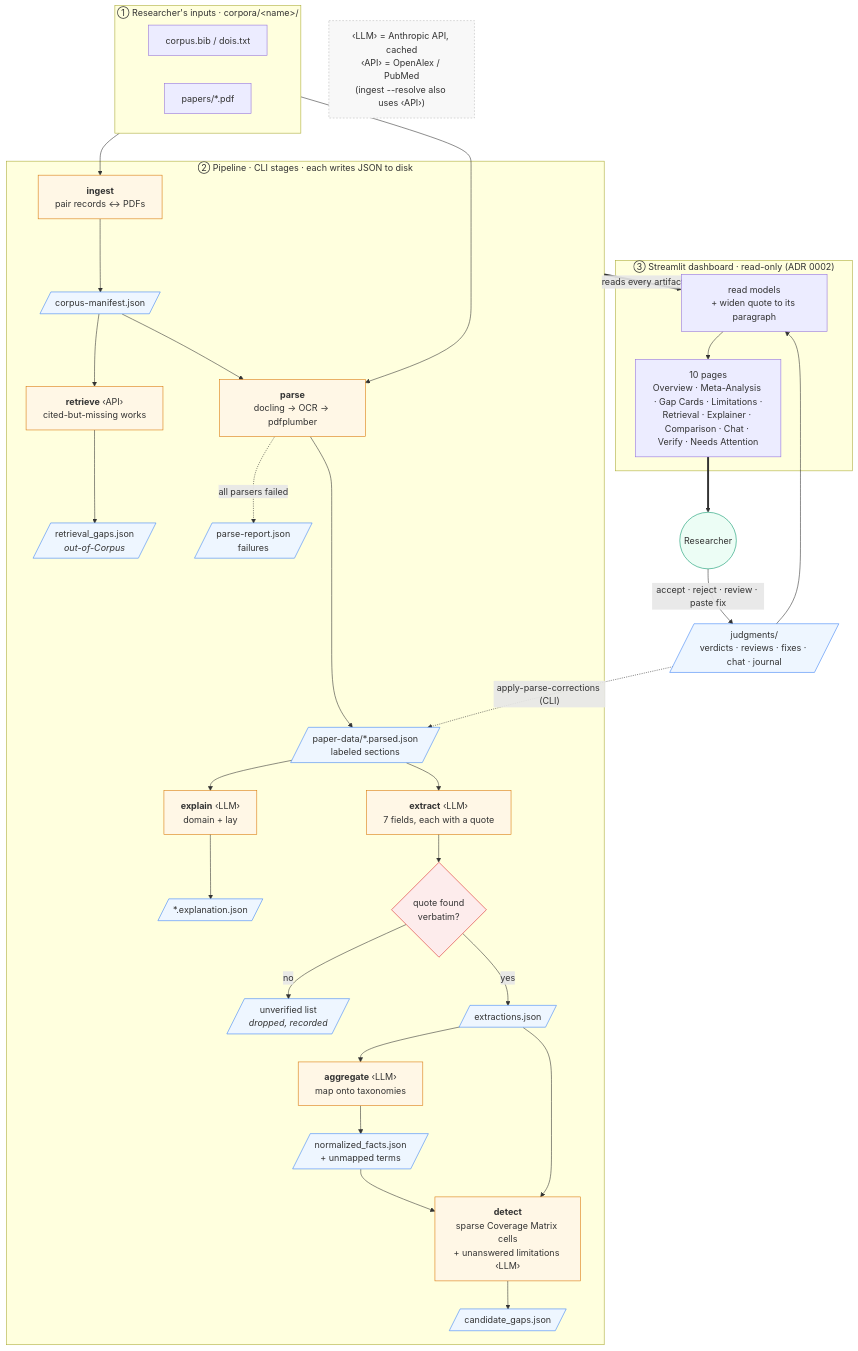
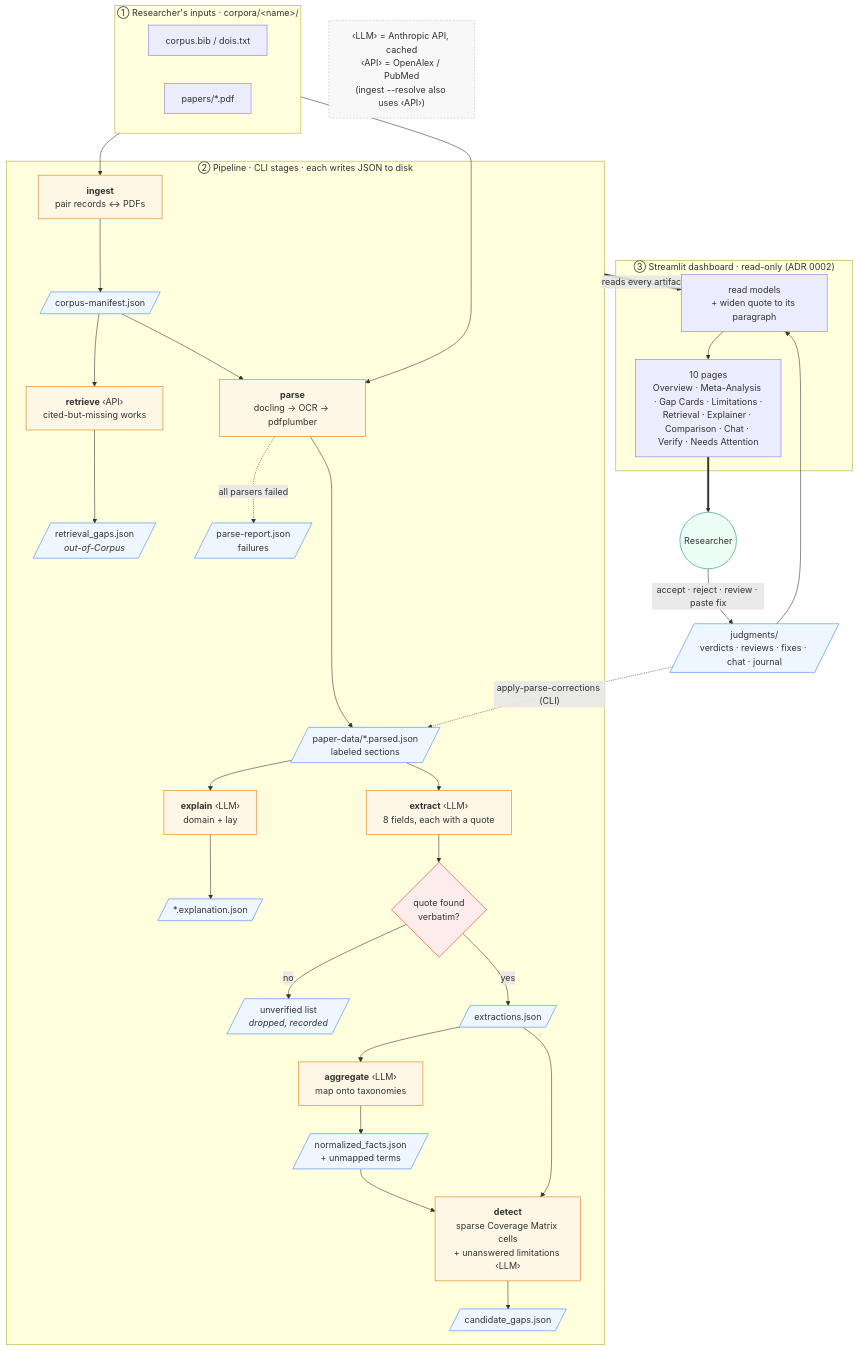
The first of 3 diagrams in docs/journeys.md (klorine28/research_paper_analyst), drawn with Mermaid before and after one commit. The commit also changed 20 other files, not shown here.

````diff
--- a/docs/journeys.md
+++ b/docs/journeys.md
@@ -18,72 +18,72 @@
 ```mermaid
 flowchart TD
     subgraph IN["① Researcher's inputs · corpora/&lt;name&gt;/"]
         direction LR
         BIB["corpus.bib / dois.txt"]
         PDF["papers/*.pdf"]
     end
 
     subgraph PIPE["② Pipeline · CLI stages · each writes JSON to disk"]
         ING["<b>ingest</b><br/>pair records ↔ PDFs"]
         MAN[/"corpus-manifest.json"/]
         RET["<b>retrieve</b> ‹API›<br/>cited-but-missing works"]
         RG[/"retrieval_gaps.json<br/><i>out-of-Corpus</i>"/]
         PAR["<b>parse</b><br/>docling → OCR → pdfplumber"]
         PD[/"paper-data/*.parsed.json<br/>labeled sections"/]
         PR[/"parse-report.json<br/>failures"/]
         EXP["<b>explain</b> ‹LLM›<br/>domain + lay"]
         EXPJ[/"*.explanation.json"/]
-        EXR["<b>extract</b> ‹LLM›<br/>7 fields, each with a quote"]
+        EXR["<b>extract</b> ‹LLM›<br/>8 fields, each with a quote"]
         GATE{"quote found<br/>verbatim?"}
         DROP[/"unverified list<br/><i>dropped, recorded</i>"/]
         EX[/"extractions.json"/]
         AGG["<b>aggregate</b> ‹LLM›<br/>map onto taxonomies"]
         NF[/"normalized_facts.json<br/>+ unmapped terms"/]
         DET["<b>detect</b><br/>sparse Coverage Matrix cells<br/>+ unanswered limitations ‹LLM›"]
         CG[/"candidate_gaps.json"/]
 
         ING --> MAN
         MAN --> RET --> RG
         MAN --> PAR
         PAR --> PD
         PAR -. "all parsers failed" .-> PR
         PD --> EXP --> EXPJ
         PD --> EXR --> GATE
         GATE -- yes --> EX
         GATE -- no --> DROP
         EX --> AGG --> NF
         NF --> DET
         EX --> DET
         DET --> CG
     end
 
     subgraph DASH["③ Streamlit dashboard · read-only (ADR 0002)"]
         RM["read models<br/>+ widen quote to its paragraph"]
         VIEWS["10 pages<br/>Overview · Meta-Analysis · Gap Cards · Limitations ·<br/>Retrieval · Explainer · Comparison · Chat · Verify · Needs Attention"]
         RM --> VIEWS
     end
 
     USER(("Researcher"))
     J[/"judgments/<br/>verdicts · reviews · fixes · chat · journal"/]
 
     IN --> ING
     PDF --> PAR
     PIPE == "reads every artifact" ==> RM
     VIEWS ==> USER
     USER -- "accept · reject · review · paste fix" --> J
     J --> RM
     J -. "apply-parse-corrections (CLI)" .-> PD
 
     LEGEND["‹LLM› = Anthropic API, cached<br/>‹API› = OpenAlex / PubMed<br/>(ingest --resolve also uses ‹API›)"]
 
     classDef artifact fill:#eef6ff,stroke:#3b82f6;
     classDef stage fill:#fff7e6,stroke:#d97706;
     classDef gate fill:#fdecec,stroke:#dc2626;
     classDef user fill:#ecfdf5,stroke:#059669;
     classDef legend fill:#f8f8f8,stroke:#bbb,stroke-dasharray: 3 3;
     class MAN,PD,PR,EX,EXPJ,NF,CG,RG,J,DROP artifact;
     class ING,PAR,EXR,EXP,AGG,DET,RET stage;
     class GATE gate;
     class USER user;
     class LEGEND legend;
 ```
````
